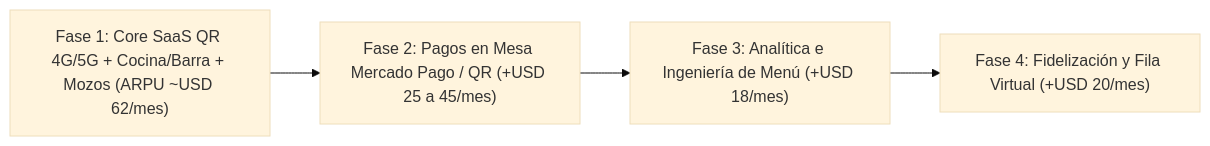
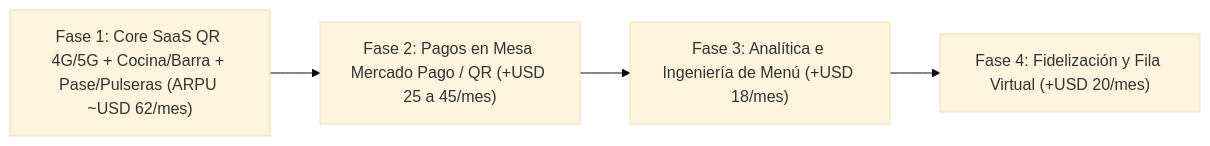
The diagram in comercial/modelo_de_negocios.md (colo03/menues), drawn with Mermaid (base theme) before and after one commit. The commit also changed other lines of this file and 30 other files, not shown here.

First line of the commit message:
feat: Estación de Mozos fija (pase.html), Modo Pulsera Web Push RFC 8291/8292 en Python puro y spot v5 Sin celulares

````diff
--- a/comercial/modelo_de_negocios.md
+++ b/comercial/modelo_de_negocios.md
@@ -259,6 +274,6 @@
 ```mermaid
 flowchart LR
-    A["Fase 1: Core SaaS QR 4G/5G + Cocina/Barra + Mozos (ARPU ~USD 62/mes)"] --> B["Fase 2: Pagos en Mesa Mercado Pago / QR (+USD 25 a 45/mes)"]
+    A["Fase 1: Core SaaS QR 4G/5G + Cocina/Barra + Pase/Pulseras (ARPU ~USD 62/mes)"] --> B["Fase 2: Pagos en Mesa Mercado Pago / QR (+USD 25 a 45/mes)"]
     B --> C["Fase 3: Analítica e Ingeniería de Menú (+USD 18/mes)"]
     C --> D["Fase 4: Fidelización y Fila Virtual (+USD 20/mes)"]
 ```
````
